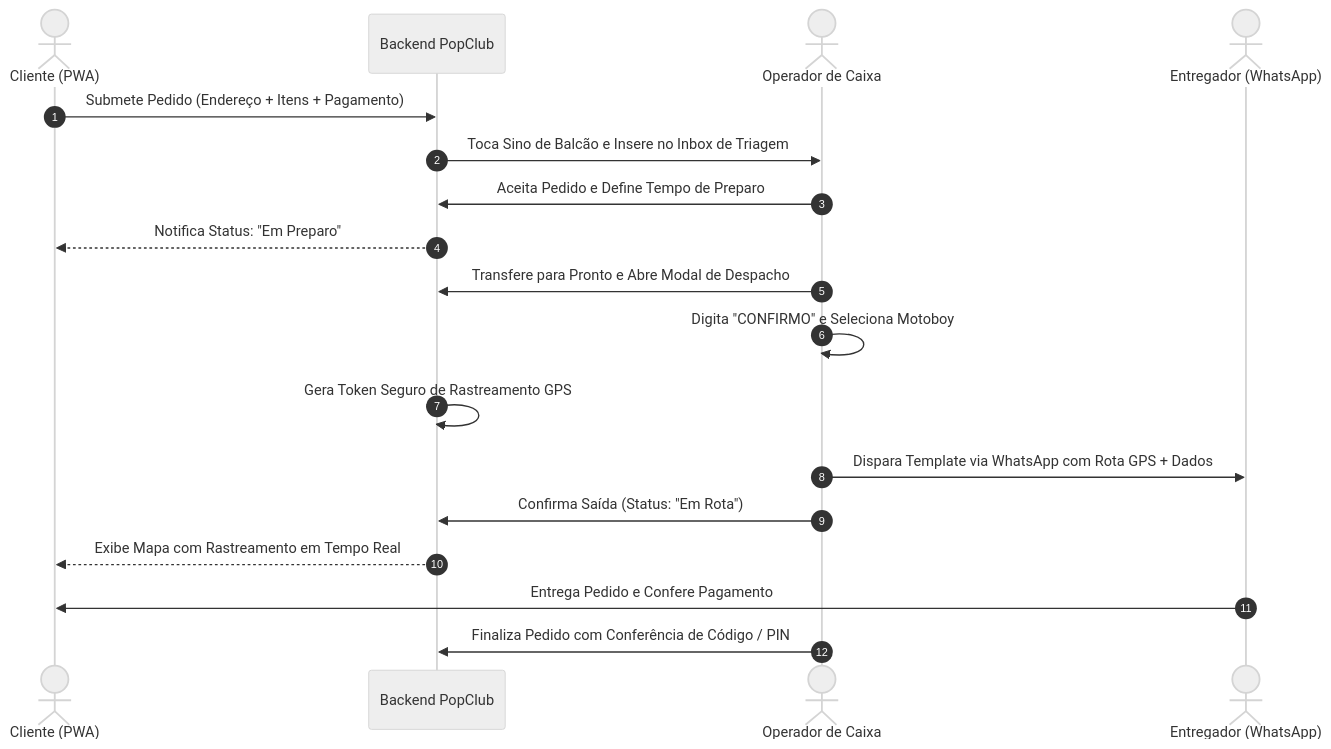
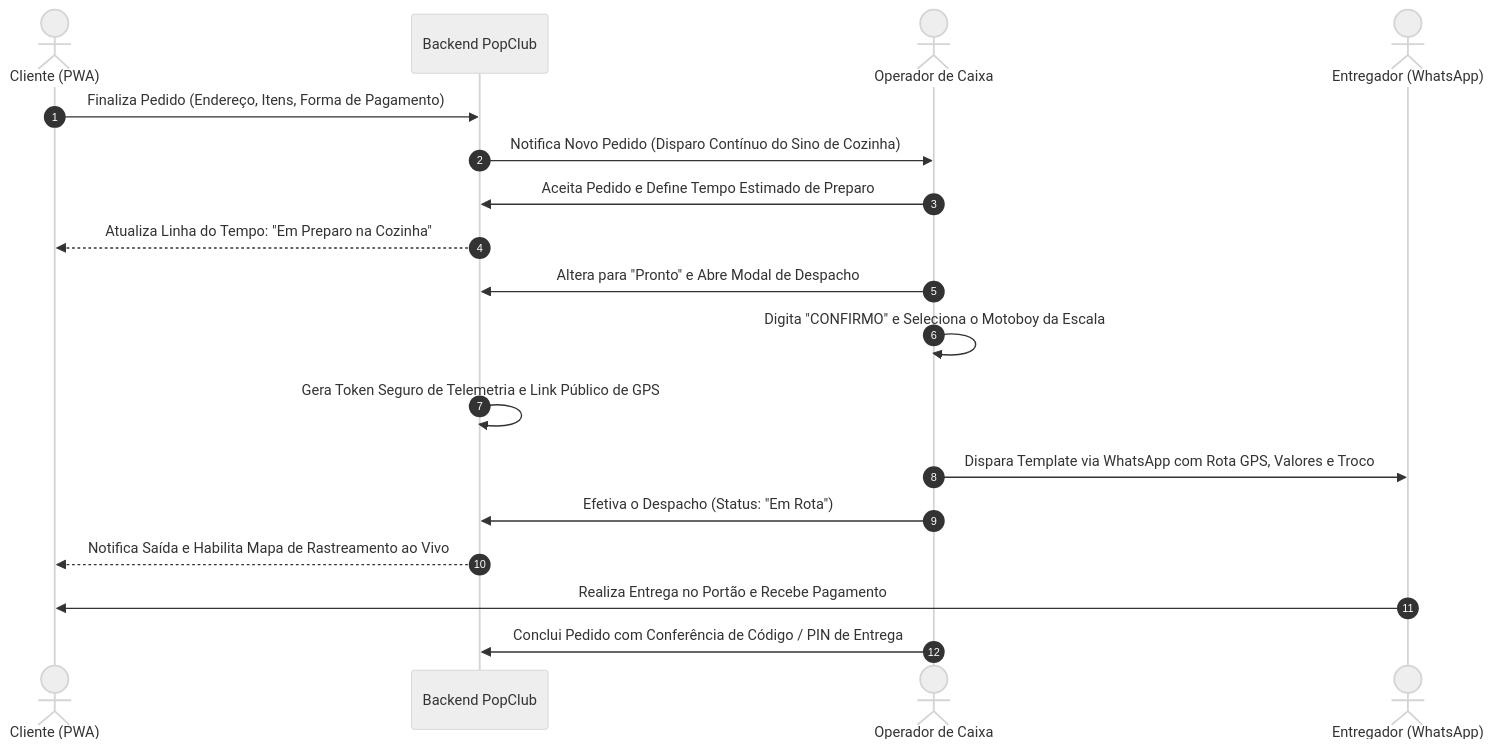
The second of 5 diagrams in docs/DOCUMENTO_LEVANTAMENTO_REQUISITOS.md (WiltonGabriel/PopClub), drawn with Mermaid (neutral theme) before and after one commit. The commit also changed other lines of this file, not shown here.

````diff
--- a/docs/DOCUMENTO_LEVANTAMENTO_REQUISITOS.md
+++ b/docs/DOCUMENTO_LEVANTAMENTO_REQUISITOS.md
@@ -90,21 +149,21 @@
 ```mermaid
 sequenceDiagram
     autonumber
     actor Cliente as Cliente (PWA)
     participant API as Backend PopClub
-    actor Balcao as Operador de Caixa
+    actor Operador as Operador de Caixa
     actor Motoboy as Entregador (WhatsApp)
 
-    Cliente->>API: Submete Pedido (Endereço + Itens + Pagamento)
-    API->>Balcao: Toca Sino de Balcão e Insere no Inbox de Triagem
-    Balcao->>API: Aceita Pedido e Define Tempo de Preparo
-    API-->>Cliente: Notifica Status: "Em Preparo"
-    Balcao->>API: Transfere para Pronto e Abre Modal de Despacho
-    Balcao->>Balcao: Digita "CONFIRMO" e Seleciona Motoboy
-    API->>API: Gera Token Seguro de Rastreamento GPS
-    Balcao->>Motoboy: Dispara Template via WhatsApp com Rota GPS + Dados
-    Balcao->>API: Confirma Saída (Status: "Em Rota")
-    API-->>Cliente: Exibe Mapa com Rastreamento em Tempo Real
-    Motoboy->>Cliente: Entrega Pedido e Confere Pagamento
-    Balcao->>API: Finaliza Pedido com Conferência de Código / PIN
+    Cliente->>API: Finaliza Pedido (Endereço, Itens, Forma de Pagamento)
+    API->>Operador: Notifica Novo Pedido (Disparo Contínuo do Sino de Cozinha)
+    Operador->>API: Aceita Pedido e Define Tempo Estimado de Preparo
+    API-->>Cliente: Atualiza Linha do Tempo: "Em Preparo na Cozinha"
+    Operador->>API: Altera para "Pronto" e Abre Modal de Despacho
+    Operador->>Operador: Digita "CONFIRMO" e Seleciona o Motoboy da Escala
+    API->>API: Gera Token Seguro de Telemetria e Link Público de GPS
+    Operador->>Motoboy: Dispara Template via WhatsApp com Rota GPS, Valores e Troco
+    Operador->>API: Efetiva o Despacho (Status: "Em Rota")
+    API-->>Cliente: Notifica Saída e Habilita Mapa de Rastreamento ao Vivo
+    Motoboy->>Cliente: Realiza Entrega no Portão e Recebe Pagamento
+    Operador->>API: Conclui Pedido com Conferência de Código / PIN de Entrega
 ```
````
